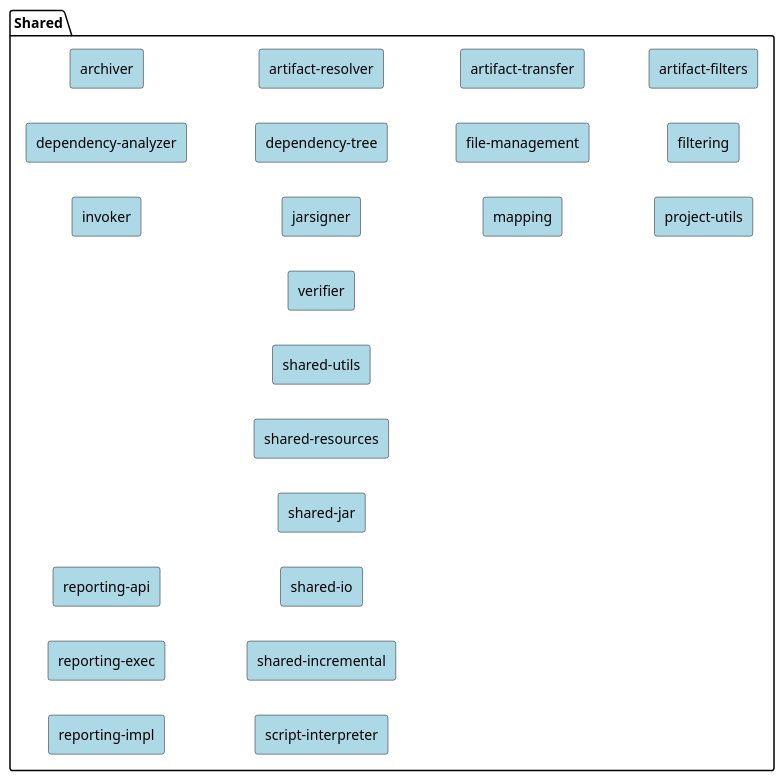
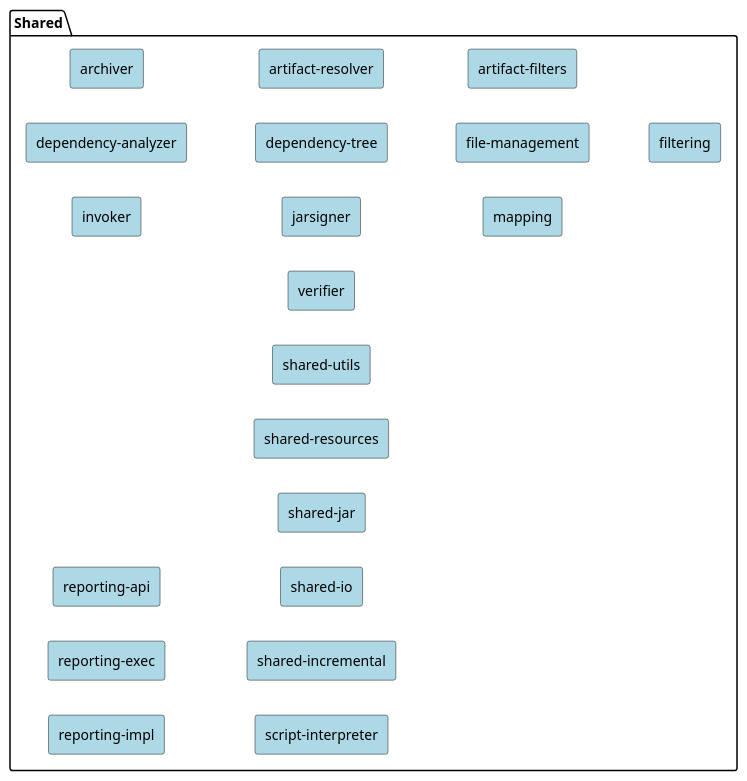
Before and after one commit to apache/maven-site: the diagram in src/plantuml/maven-sources/shared.puml, drawn with PlantUML. The commit also changed 2 other files, not shown here.

Commit message:
Retire Artifact-transfer and project-utils

```diff
--- a/src/plantuml/maven-sources/shared.puml
+++ b/src/plantuml/maven-sources/shared.puml
@@ -19,85 +19,79 @@
 @startuml
 
 <style>
 
     rectangle {
         BackgroundColor LightBlue
     }
 }
 </style>
 
 package "Shared" {
 
 left to right direction
 
   rectangle "archiver"
   rectangle "artifact-resolver"
-  rectangle "artifact-transfer"
   rectangle "artifact-filters"
   rectangle "dependency-analyzer"
   rectangle "dependency-tree"
   rectangle "file-management"
   rectangle "filtering"
   rectangle "invoker"
   rectangle "jarsigner"
   rectangle "mapping"
-  rectangle "project-utils"
   rectangle "reporting-api"
   rectangle "reporting-exec"
   rectangle "reporting-impl"
   rectangle "script-interpreter"
   rectangle "shared-incremental"
   rectangle "shared-io"
   rectangle "shared-jar"
   rectangle "shared-resources"
   rectangle "shared-utils"
   rectangle "verifier"
 }
 
 'hidden dependencies to change layout
 "archiver" -[hidden]down- "artifact-resolver"
-"artifact-resolver" -[hidden]down- "artifact-transfer"
-"artifact-transfer" -[hidden]down- "artifact-filters"
+"artifact-resolver" -[hidden]down- "artifact-filters"
 
 "archiver"  -[hidden]left- "dependency-analyzer"
 "dependency-analyzer" -[hidden]down- "dependency-tree"
 "dependency-tree" -[hidden]down- "file-management"
 "file-management" -[hidden]down- "filtering"
 
 "dependency-analyzer" -[hidden]left- "invoker"
 "invoker" -[hidden]down- "jarsigner"
 "jarsigner" -[hidden]down- "mapping"
-"mapping" -[hidden]down- "project-utils"
 
 "reporting-api" -[hidden]down-> "script-interpreter"
 "script-interpreter" -[hidden]> "shared-incremental"
 "shared-incremental" -[hidden]> "shared-io"
 "shared-io" -[hidden]> "shared-jar"
 "shared-jar" -[hidden]> "shared-resources"
 "shared-resources" -[hidden]> "shared-utils"
 "shared-utils" -[hidden]> "verifier"
 
 
 url of "archiver" is [[https://github.com/apache/maven-archiver]]
 url of "artifact-resolver" is [[https://github.com/apache/maven-resolver]]
-url of "artifact-transfer" is [[https://github.com/apache/maven-artifact-transfer]]
 url of "artifact-filters" is [[https://github.com/apache/maven-common-artifact-filters]]
 url of "dependency-analyzer" is [[https://github.com/apache/maven-dependency-analyzer]]
 url of "dependency-tree" is [[https://github.com/apache/maven-dependency-tree]]
 url of "file-management" is [[https://github.com/apache/maven-file-management]]
 url of "filtering" is [[https://github.com/apache/maven-filtering]]
 url of "invoker" is [[https://github.com/apache/maven-invoker]]
 url of "jarsigner" is [[https://github.com/apache/maven-jarsigner]]
 url of "mapping" is [[https://github.com/apache/maven-mapping]]
-url of "project-utils" is [[https://github.com/apache/maven-project-utils]]
 url of "reporting-api" is [[https://github.com/apache/maven-reporting-api]]
 url of "reporting-exec" is [[https://github.com/apache/maven-reporting-exec]]
 url of "reporting-impl" is [[https://github.com/apache/maven-reporting-impl]]
 url of "script-interpreter" is [[https://github.com/apache/maven-script-interpreter]]
 url of "shared-incremental" is [[https://github.com/apache/maven-shared-incremental]]
 url of "shared-io" is [[https://github.com/apache/maven-shared-io]]
 url of "shared-jar" is [[https://github.com/apache/maven-shared-jar]]
 url of "shared-resources" is [[https://github.com/apache/maven-shared-resources]]
 url of "shared-utils" is [[https://github.com/apache/maven-shared-utils]]
 url of "verifier" is [[https://github.com/apache/maven-verifier]]
 @enduml
```
